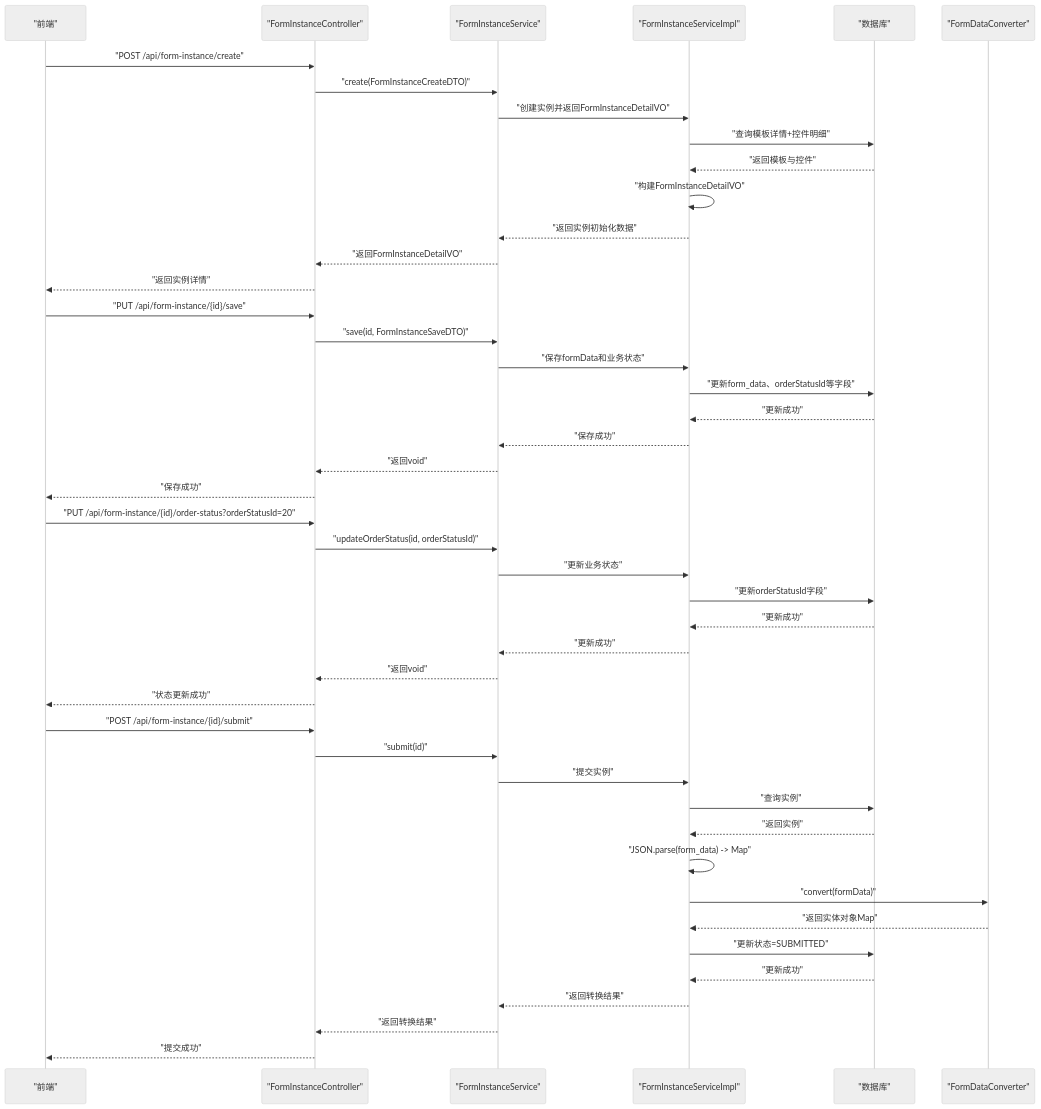
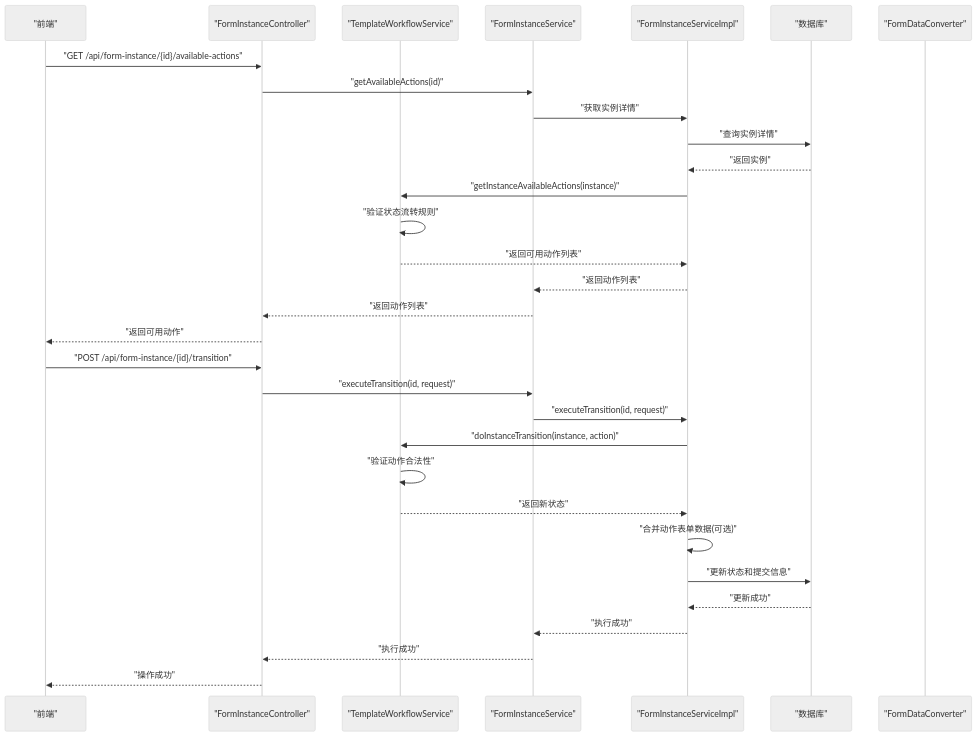
Before and after one commit to NJMrLi/genetics: the second of 7 diagrams in .qoder/repowiki/zh/content/API接口文档/服务单实例API.md, drawn with Mermaid (neutral theme). The commit also changed other lines of this file and 21 other files, not shown here.

````diff
--- a/.qoder/repowiki/zh/content/API接口文档/服务单实例API.md
+++ b/.qoder/repowiki/zh/content/API接口文档/服务单实例API.md
@@ -108,47 +155,33 @@
 ```mermaid
 sequenceDiagram
 participant FE as "前端"
 participant Ctrl as "FormInstanceController"
+participant WFService as "TemplateWorkflowService"
 participant Svc as "FormInstanceService"
 participant Impl as "FormInstanceServiceImpl"
 participant DB as "数据库"
 participant Conv as "FormDataConverter"
-FE->>Ctrl : "POST /api/form-instance/create"
-Ctrl->>Svc : "create(FormInstanceCreateDTO)"
-Svc->>Impl : "创建实例并返回FormInstanceDetailVO"
-Impl->>DB : "查询模板详情+控件明细"
-DB-->>Impl : "返回模板与控件"
-Impl->>Impl : "构建FormInstanceDetailVO"
-Impl-->>Svc : "返回实例初始化数据"
-Svc-->>Ctrl : "返回FormInstanceDetailVO"
-Ctrl-->>FE : "返回实例详情"
-FE->>Ctrl : "PUT /api/form-instance/{id}/save"
-Ctrl->>Svc : "save(id, FormInstanceSaveDTO)"
-Svc->>Impl : "保存formData和业务状态"
-Impl->>DB : "更新form_data、orderStatusId等字段"
+FE->>Ctrl : "GET /api/form-instance/{id}/available-actions"
+Ctrl->>Svc : "getAvailableActions(id)"
+Svc->>Impl : "获取实例详情"
+Impl->>DB : "查询实例详情"
+DB-->>Impl : "返回实例"
+Impl->>WFService : "getInstanceAvailableActions(instance)"
+WFService->>WFService : "验证状态流转规则"
+WFService-->>Impl : "返回可用动作列表"
+Impl-->>Svc : "返回动作列表"
+Svc-->>Ctrl : "返回动作列表"
+Ctrl-->>FE : "返回可用动作"
+FE->>Ctrl : "POST /api/form-instance/{id}/transition"
+Ctrl->>Svc : "executeTransition(id, request)"
+Svc->>Impl : "executeTransition(id, request)"
+Impl->>WFService : "doInstanceTransition(instance, action)"
+WFService->>WFService : "验证动作合法性"
+WFService-->>Impl : "返回新状态"
+Impl->>Impl : "合并动作表单数据(可选)"
+Impl->>DB : "更新状态和提交信息"
 DB-->>Impl : "更新成功"
-Impl-->>Svc : "保存成功"
-Svc-->>Ctrl : "返回void"
-Ctrl-->>FE : "保存成功"
-FE->>Ctrl : "PUT /api/form-instance/{id}/order-status?orderStatusId=20"
-Ctrl->>Svc : "updateOrderStatus(id, orderStatusId)"
-Svc->>Impl : "更新业务状态"
-Impl->>DB : "更新orderStatusId字段"
-DB-->>Impl : "更新成功"
-Impl-->>Svc : "更新成功"
-Svc-->>Ctrl : "返回void"
-Ctrl-->>FE : "状态更新成功"
-FE->>Ctrl : "POST /api/form-instance/{id}/submit"
-Ctrl->>Svc : "submit(id)"
-Svc->>Impl : "提交实例"
-Impl->>DB : "查询实例"
-DB-->>Impl : "返回实例"
-Impl->>Impl : "JSON.parse(form_data) -> Map"
-Impl->>Conv : "convert(formData)"
-Conv-->>Impl : "返回实体对象Map"
-Impl->>DB : "更新状态=SUBMITTED"
-DB-->>Impl : "更新成功"
-Impl-->>Svc : "返回转换结果"
-Svc-->>Ctrl : "返回转换结果"
-Ctrl-->>FE : "提交成功"
+Impl-->>Svc : "执行成功"
+Svc-->>Ctrl : "执行成功"
+Ctrl-->>FE : "操作成功"
 ```
````
